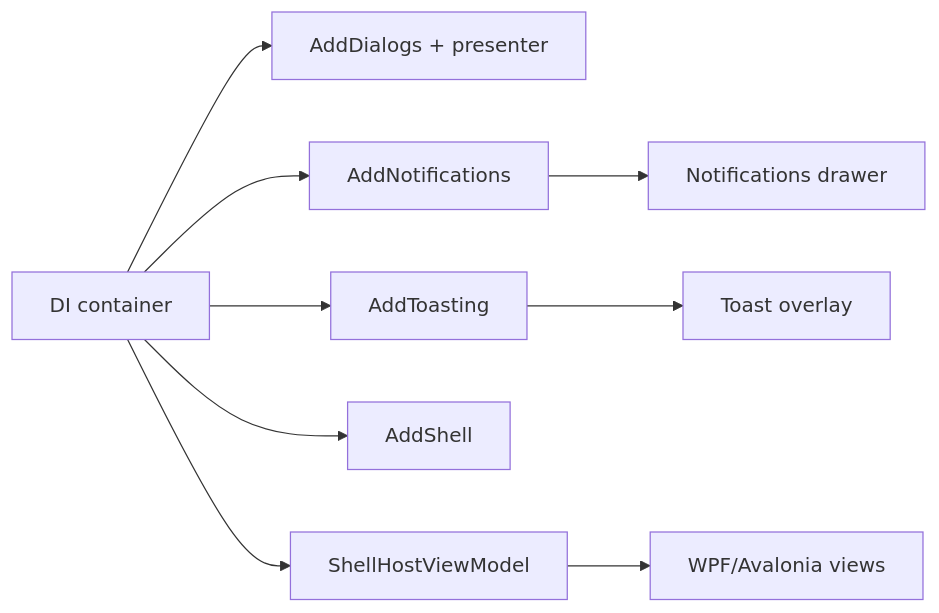
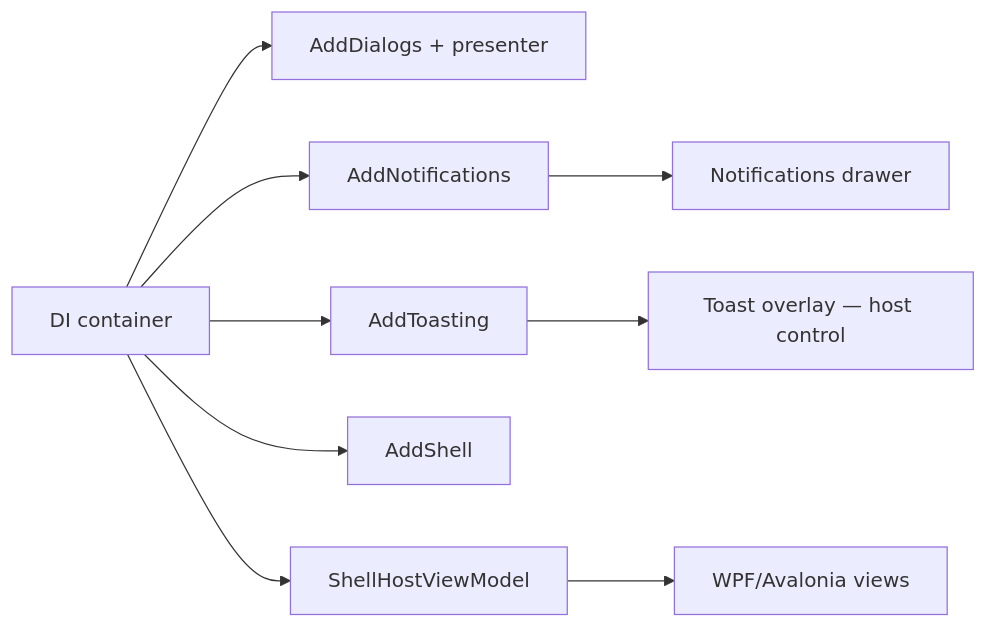
Before and after one commit to sandre58/MyNet: the diagram in docs/guides/shell.md, drawn with Mermaid. The commit also changed other lines of this file and 4 other files, not shown here.

Commit message:
docs: Update README and notifications guide to clarify toast overlay control implementation

````diff
--- a/docs/guides/shell.md
+++ b/docs/guides/shell.md
@@ -104,11 +104,11 @@
 ```mermaid
 flowchart LR
     DI[DI container] --> Dialogs[AddDialogs + presenter]
     DI --> Notif[AddNotifications]
     DI --> Toast[AddToasting]
     DI --> Shell[AddShell]
     DI --> HostVM[ShellHostViewModel]
     HostVM --> Views[WPF/Avalonia views]
     Notif --> Drawer[Notifications drawer]
-    Toast --> ToastUI[Toast overlay]
+    Toast --> ToastUI[Toast overlay — host control]
 ```
````
